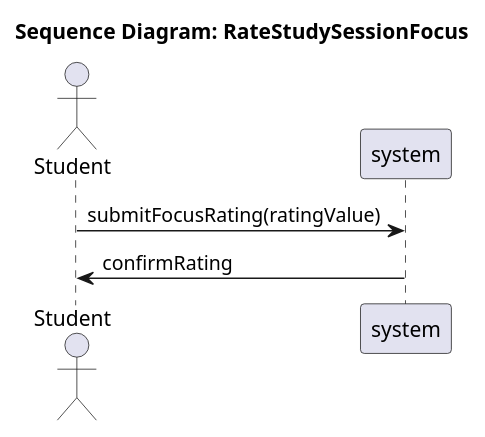
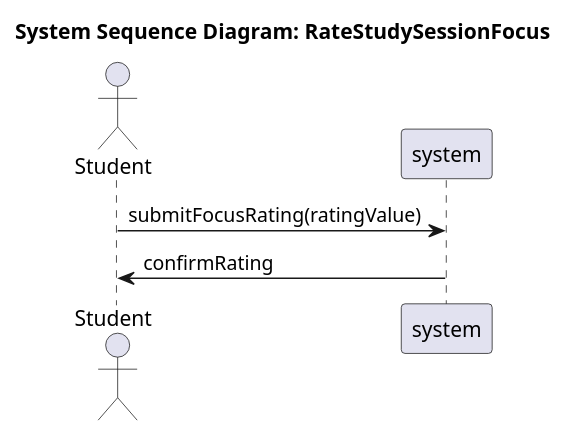
Before and after one commit to SEP4Real/SEP4: the diagram in Documentation/Analysis/ssds/StudyHelper_RateStudySessionFocus.ssd.puml, drawn with PlantUML. The commit also changed 26 other files, not shown here.

Commit message:
[Fix] Old diagram fixes

```diff
--- a/Documentation/Analysis/ssds/StudyHelper_RateStudySessionFocus.ssd.puml
+++ b/Documentation/Analysis/ssds/StudyHelper_RateStudySessionFocus.ssd.puml
@@ -1,8 +1,8 @@
 @startuml
-title Sequence Diagram: RateStudySessionFocus
+title System Sequence Diagram: RateStudySessionFocus
 actor "Student" as Actor
 participant "system" as System
 
 Actor -> System : submitFocusRating(ratingValue)
 System -> Actor : confirmRating
 @enduml
```
